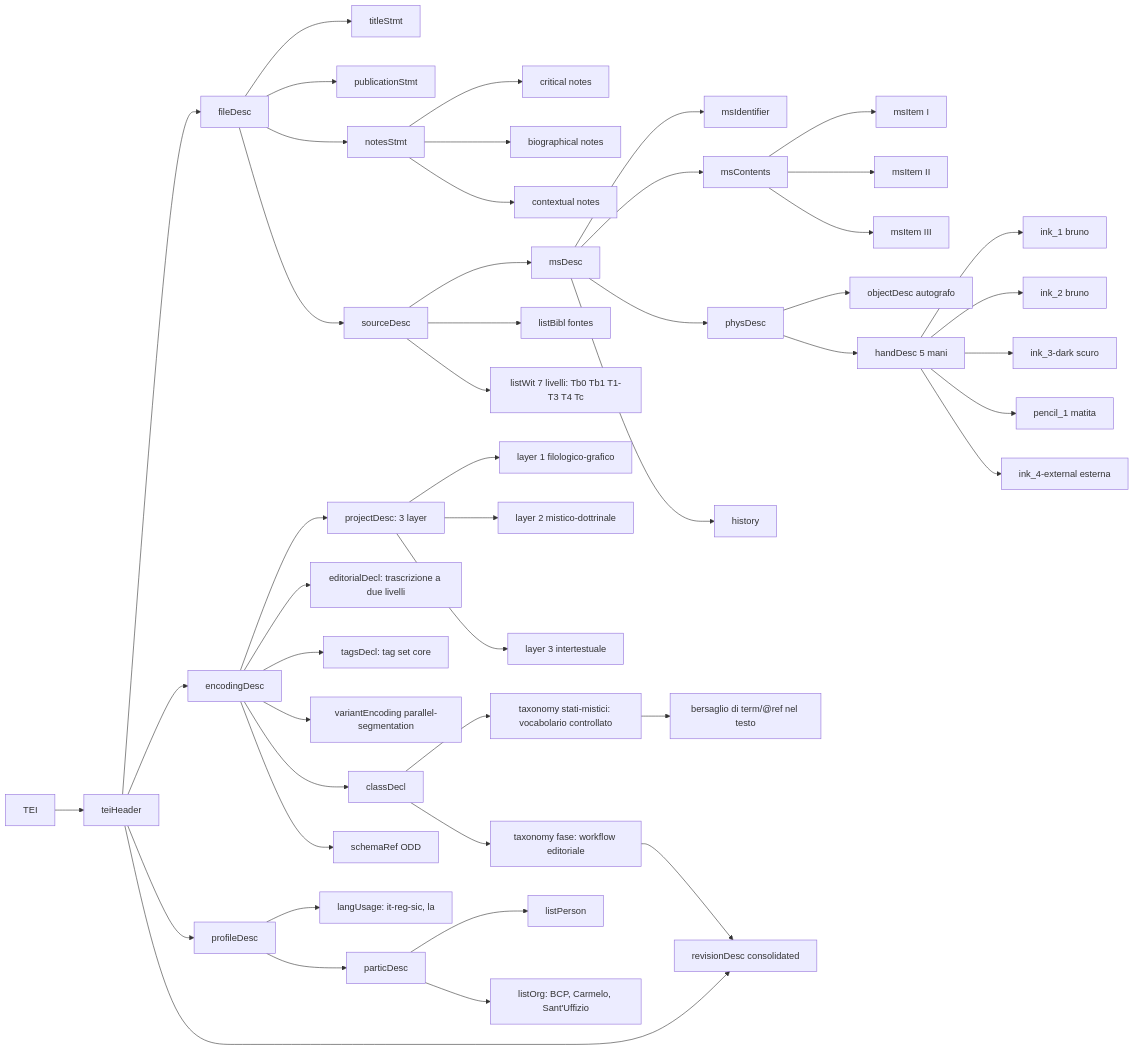
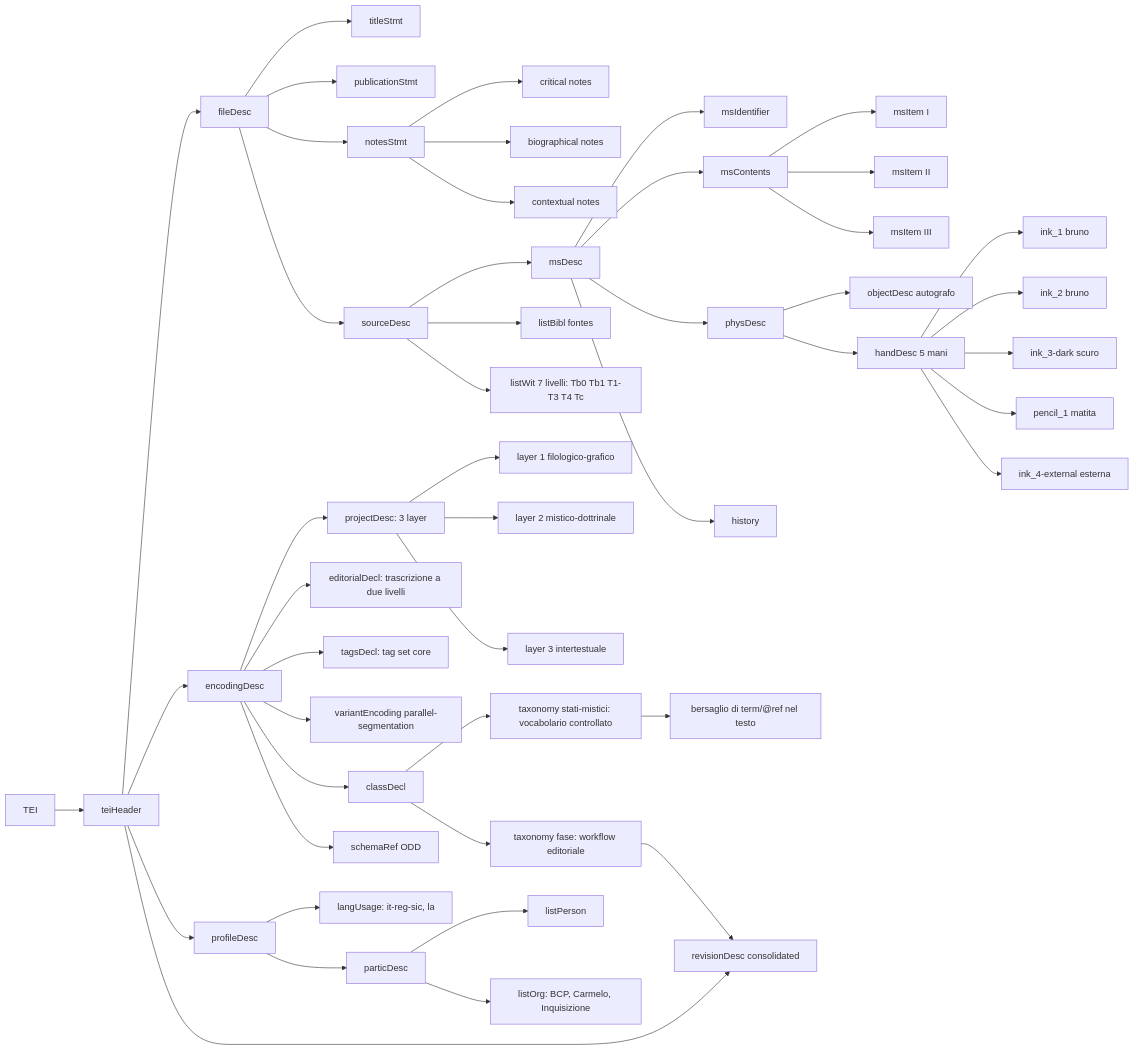
Before and after one commit to luciano-longo77/castello-dell-anima-edizione: the diagram in tei-model/header/model-Header-diagramma.md, drawn with Mermaid.

Commit message:
Update organization name in model-Header-diagramma

````diff
--- a/tei-model/header/model-Header-diagramma.md
+++ b/tei-model/header/model-Header-diagramma.md
@@ -1,78 +1,78 @@
 ```mermaid
 graph LR
 
   %% ===== ROOT =====
   TEI --> H[teiHeader]
 
   %% ===== HEADER BLOCS =====
   H --> FD[fileDesc]
   H --> ED[encodingDesc]
   H --> PD[profileDesc]
   H --> RD[revisionDesc consolidated]
 
   %% =====================================================
   %% FILEDESC
   %% =====================================================
   FD --> TS[titleStmt]
   FD --> PS[publicationStmt]
   FD --> NS[notesStmt]
   FD --> SD[sourceDesc]
 
   NS --> CRIT[critical notes]
   NS --> BIO[biographical notes]
   NS --> CTX[contextual notes]
 
   %% =====================================================
   %% SOURCEDESC / MSDESC
   %% =====================================================
   SD --> MSD[msDesc]
   SD --> LBF[listBibl fontes]
   SD --> LW[listWit 7 livelli: Tb0 Tb1 T1-T3 T4 Tc]
 
   MSD --> ID[msIdentifier]
   MSD --> MC[msContents]
   MSD --> PHY[physDesc]
   MSD --> HIS[history]
 
   MC --> I1[msItem I]
   MC --> I2[msItem II]
   MC --> I3[msItem III]
 
   PHY --> OBJ[objectDesc autografo]
   PHY --> HD[handDesc 5 mani]
 
   HD --> H1[ink_1 bruno]
   HD --> H2[ink_2 bruno]
   HD --> H3[ink_3-dark scuro]
   HD --> H4[pencil_1 matita]
   HD --> H5[ink_4-external esterna]
 
   %% =====================================================
   %% ENCODINGDESC  (modello a tre layer)
   %% =====================================================
   ED --> PJ[projectDesc: 3 layer]
   ED --> EDCL[editorialDecl: trascrizione a due livelli]
   ED --> TG[tagsDecl: tag set core]
   ED --> VAR[variantEncoding parallel-segmentation]
   ED --> CLS[classDecl]
   ED --> SCH[schemaRef ODD]
 
   PJ --> L1[layer 1 filologico-grafico]
   PJ --> L2[layer 2 mistico-dottrinale]
   PJ --> L3[layer 3 intertestuale]
 
   CLS --> TAX[taxonomy stati-mistici: vocabolario controllato]
   CLS --> FASE[taxonomy fase: workflow editoriale]
 
   TAX --> TREF[bersaglio di term/@ref nel testo]
   FASE --> RD
 
   %% =====================================================
   %% PROFILEDESC
   %% =====================================================
   PD --> LANG[langUsage: it-reg-sic, la]
   PD --> PART[particDesc]
 
   PART --> PER[listPerson]
-  PART --> ORG[listOrg: BCP, Carmelo, Sant'Uffizio]
+  PART --> ORG[listOrg: BCP, Carmelo, Inquisizione]
 ```
````
